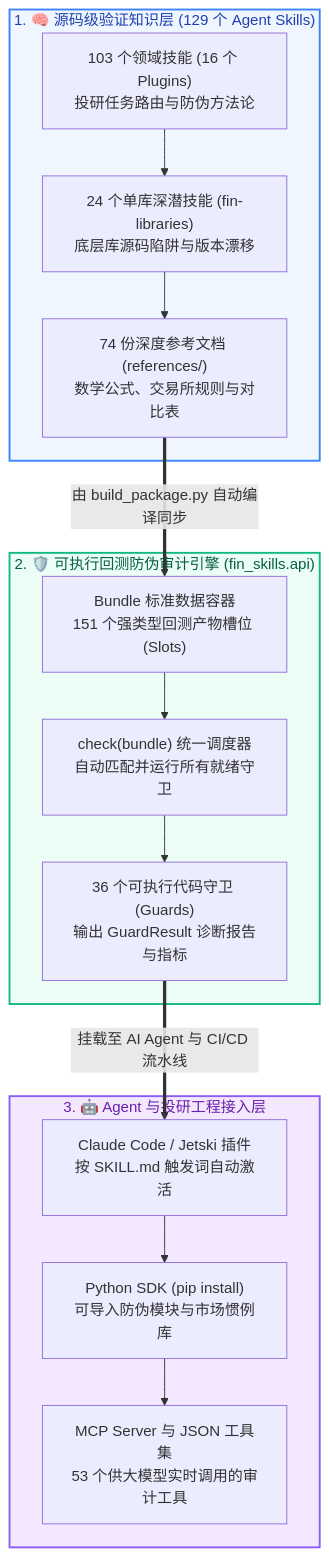
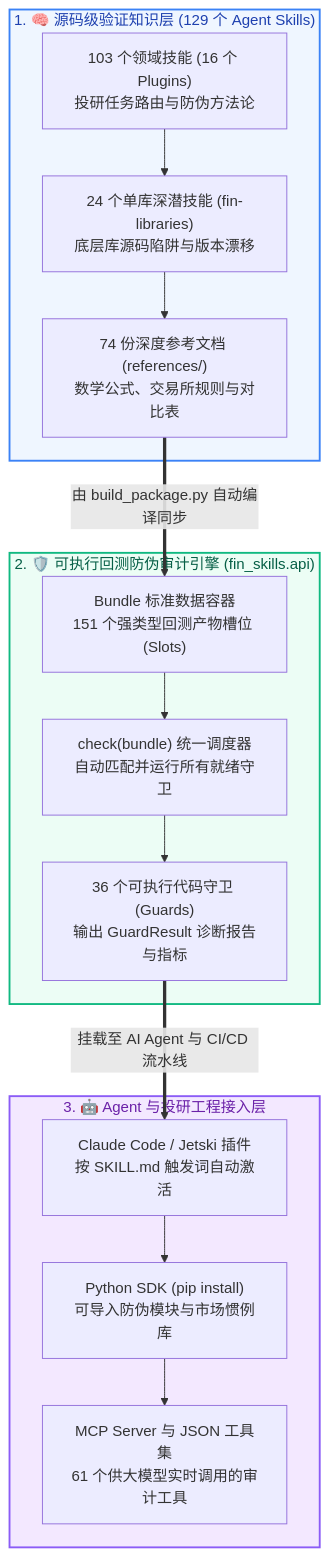
Before and after one commit to howard-lynn-ye/fin-skills: the diagram in README_ZH.md, drawn with Mermaid. The commit also changed other lines of this file and 73 other files, not shown here.

````diff
--- a/README_ZH.md
+++ b/README_ZH.md
@@ -75,21 +78,21 @@
 ```mermaid
 flowchart TD
     subgraph TIER1 ["1. 🧠 源码级验证知识层 (129 个 Agent Skills)"]
         D1["103 个领域技能 (16 个 Plugins)<br/>投研任务路由与防伪方法论"] --> D2["24 个单库深潜技能 (fin-libraries)<br/>底层库源码陷阱与版本漂移"] --> D3["74 份深度参考文档 (references/)<br/>数学公式、交易所规则与对比表"]
     end
 
     subgraph TIER2 ["2. 🛡️ 可执行回测防伪审计引擎 (fin_skills.api)"]
         E1["Bundle 标准数据容器<br/>151 个强类型回测产物槽位 (Slots)"] --> E2["check(bundle) 统一调度器<br/>自动匹配并运行所有就绪守卫"] --> E3["36 个可执行代码守卫 (Guards)<br/>输出 GuardResult 诊断报告与指标"]
     end
 
     subgraph TIER3 ["3. 🤖 Agent 与投研工程接入层"]
-        I1["Claude Code / Jetski 插件<br/>按 SKILL.md 触发词自动激活"] --> I2["Python SDK (pip install)<br/>可导入防伪模块与市场惯例库"] --> I3["MCP Server 与 JSON 工具集<br/>53 个供大模型实时调用的审计工具"]
+        I1["Claude Code / Jetski 插件<br/>按 SKILL.md 触发词自动激活"] --> I2["Python SDK (pip install)<br/>可导入防伪模块与市场惯例库"] --> I3["MCP Server 与 JSON 工具集<br/>61 个供大模型实时调用的审计工具"]
     end
 
     D3 ==>|由 build_package.py 自动编译同步| E1
     E3 ==>|挂载至 AI Agent 与 CI/CD 流水线| I1
 
     style TIER1 fill:#eff6ff,stroke:#3b82f6,stroke-width:2px,color:#1e40af
     style TIER2 fill:#ecfdf5,stroke:#10b981,stroke-width:2px,color:#065f46
     style TIER3 fill:#f3e8ff,stroke:#8b5cf6,stroke-width:2px,color:#6b21a8
 ```
````
